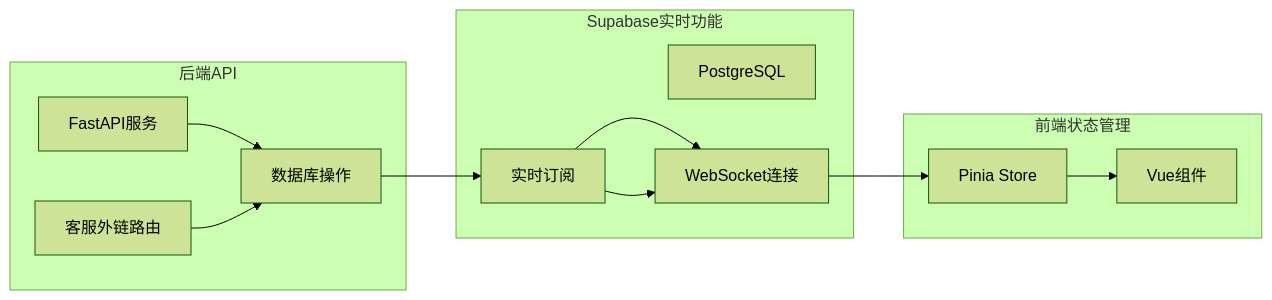
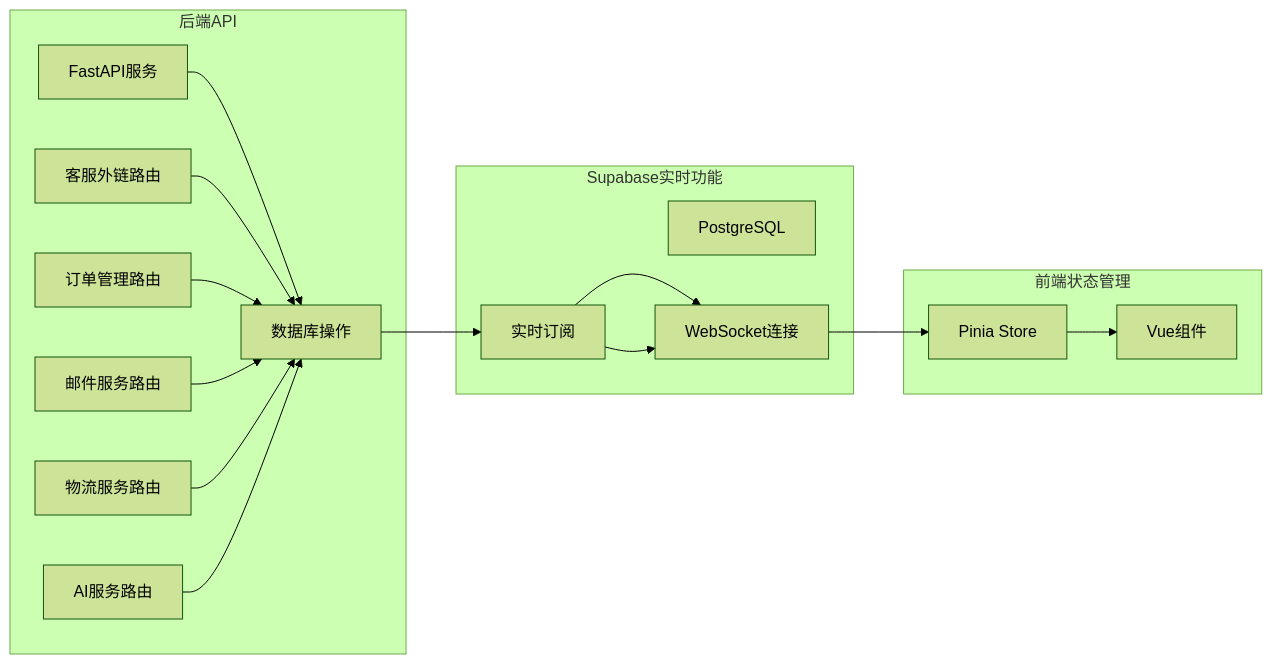
One commit to SY6621/POD-Order-Management changed diagram 12 of 19 in .qoder/repowiki/zh/content/项目概述.md. Above: the diagram before and after it, drawn with Mermaid (forest theme). The commit also changed other lines of this file and 8 other files, not shown here.

````diff
--- a/.qoder/repowiki/zh/content/项目概述.md
+++ b/.qoder/repowiki/zh/content/项目概述.md
@@ -442,24 +596,32 @@
 ```mermaid
 graph LR
 subgraph "Supabase实时功能"
 Realtime[实时订阅]
 Postgres[PostgreSQL]
 WebSocket[WebSocket连接]
 end
 subgraph "前端状态管理"
 PiniaStore[Pinia Store]
 VueComponents[Vue组件]
 end
 subgraph "后端API"
 FastAPI[FastAPI服务]
 Database[数据库操作]
 ServiceLinkRoutes[客服外链路由]
+OrderRoutes[订单管理路由]
+EmailRoutes[邮件服务路由]
+ShippingRoutes[物流服务路由]
+AIService[AI服务路由]
 end
 Realtime --> WebSocket
 WebSocket --> PiniaStore
 PiniaStore --> VueComponents
 FastAPI --> Database
 Database --> Realtime
 ServiceLinkRoutes --> Database
+OrderRoutes --> Database
+EmailRoutes --> Database
+ShippingRoutes --> Database
+AIService --> Database
 Realtime --> WebSocket
 ```
````
